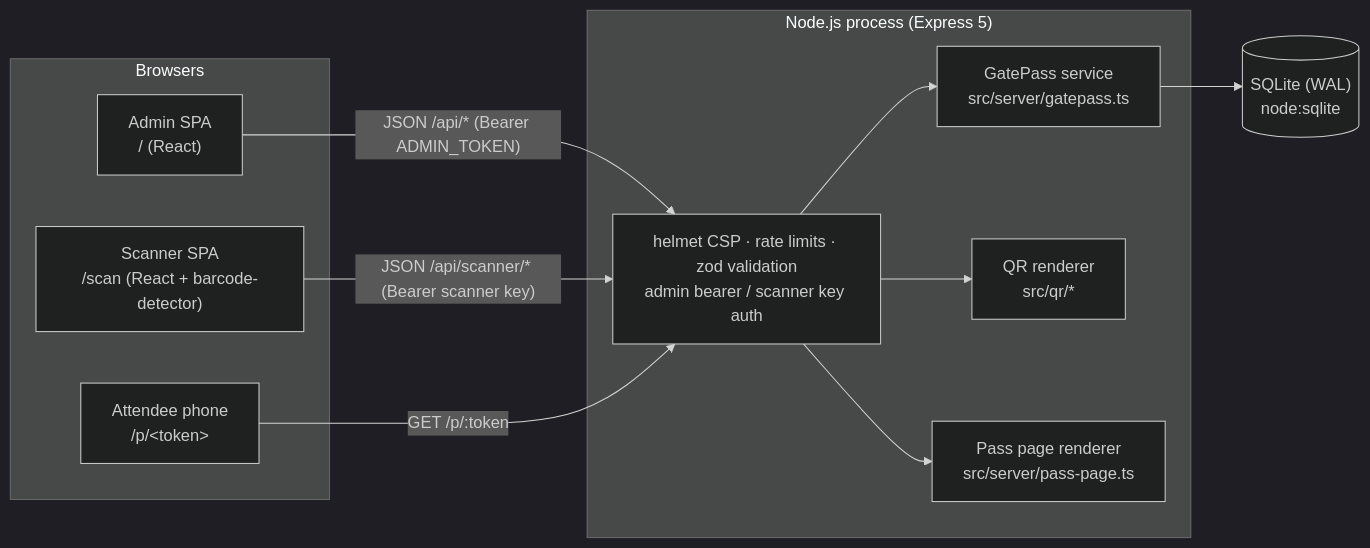
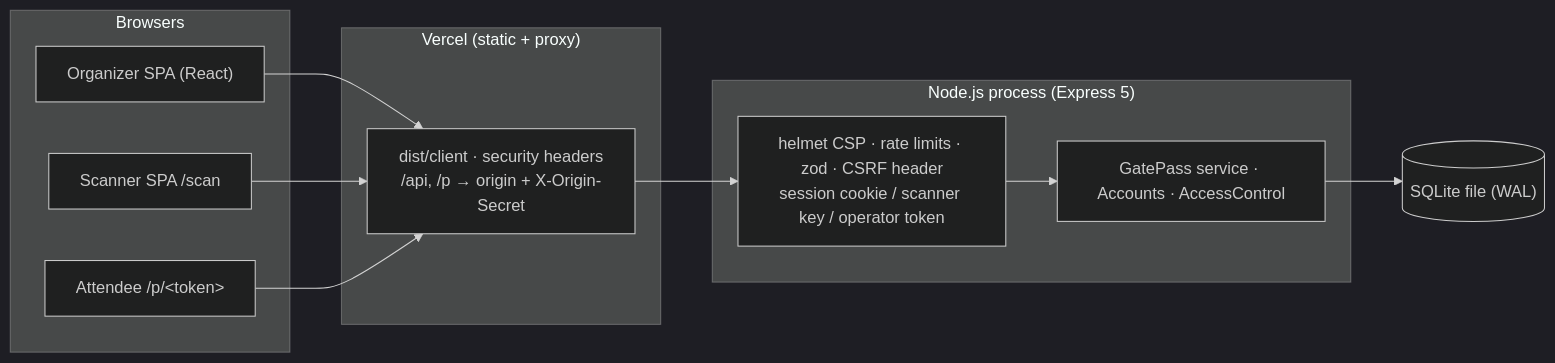
One commit to tanmay-alpha/GatePass changed the second of 2 diagrams in README.md. Above: the diagram before and after it, drawn with Mermaid (dark theme). The commit also changed other lines of this file and 82 other files, not shown here.

First line of the commit message:
Document the audit, roadmap, threat model, test matrix and runbook

````diff
--- a/README.md
+++ b/README.md
@@ -37,23 +69,20 @@
 ```mermaid
 flowchart LR
   subgraph Browsers
-    Admin["Admin SPA<br/>/ (React)"]
-    Scanner["Scanner SPA<br/>/scan (React + barcode-detector)"]
-    Phone["Attendee phone<br/>/p/&lt;token&gt;"]
+    Admin["Organizer SPA (React)"]
+    Scanner["Scanner SPA /scan"]
+    Phone["Attendee /p/&lt;token&gt;"]
+  end
+  subgraph Vercel["Vercel (static + proxy)"]
+    Edge["dist/client · security headers<br/>/api, /p → origin + X-Origin-Secret"]
   end
   subgraph Server["Node.js process (Express 5)"]
-    MW["helmet CSP · rate limits · zod validation<br/>admin bearer / scanner key auth"]
-    Svc["GatePass service<br/>src/server/gatepass.ts"]
-    QR["QR renderer<br/>src/qr/*"]
-    Page["Pass page renderer<br/>src/server/pass-page.ts"]
+    MW["helmet CSP · rate limits · zod · CSRF header<br/>session cookie / scanner key / operator token"]
+    Svc["GatePass service · Accounts · AccessControl"]
   end
-  DB[("SQLite (WAL)<br/>node:sqlite")]
-
-  Admin -- "JSON /api/* (Bearer ADMIN_TOKEN)" --> MW
-  Scanner -- "JSON /api/scanner/* (Bearer scanner key)" --> MW
-  Phone -- "GET /p/:token" --> MW
-  MW --> Svc
-  MW --> QR
-  MW --> Page
-  Svc --> DB
+  DB[("SQLite file (WAL)")]
+  Admin --> Edge
+  Scanner --> Edge
+  Phone --> Edge
+  Edge --> MW --> Svc --> DB
 ```
````
